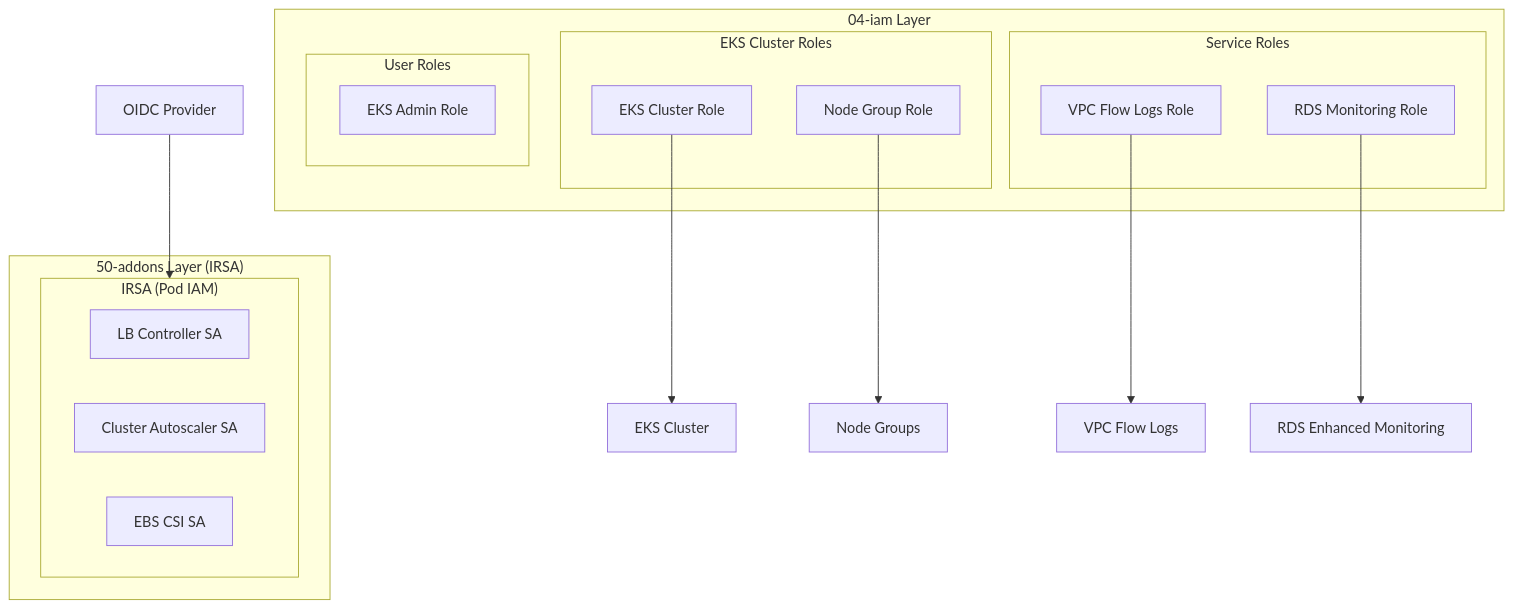
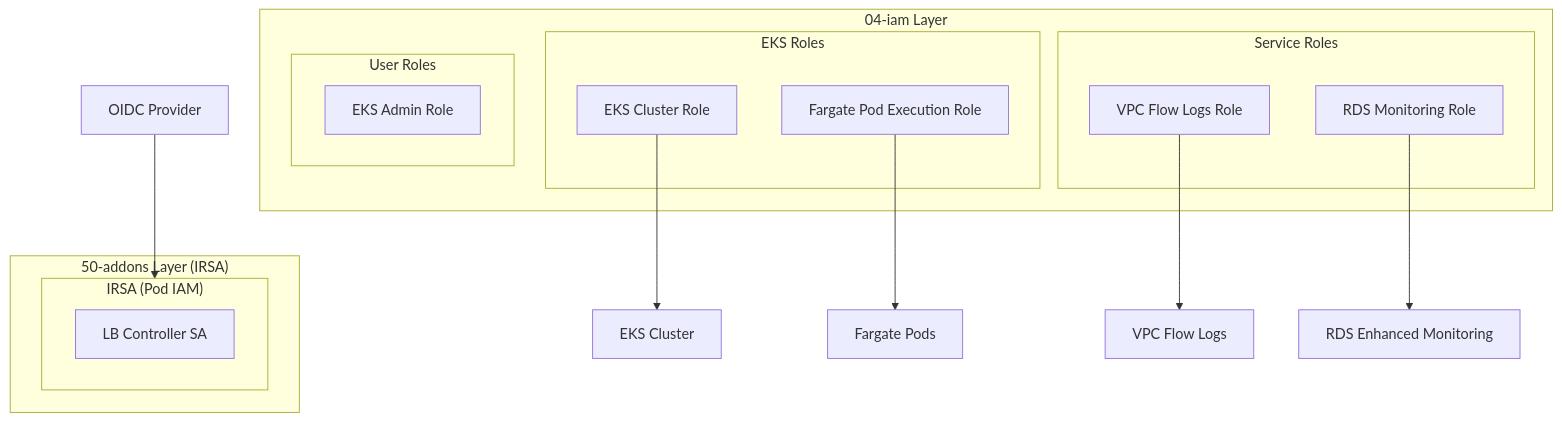
The seventh of 9 diagrams in docs/architecture.md (JSJ2337/AWS_EKS_terraform_code), drawn with Mermaid before and after one commit. The commit also changed other lines of this file and 2 other files, not shown here.

First line of the commit message:
docs: 문서 업데이트 - EC2 Node Group → Fargate 변경 반영

````diff
--- a/docs/architecture.md
+++ b/docs/architecture.md
@@ -291,32 +294,30 @@
 ```mermaid
 flowchart TB
     subgraph IAM_Layer["04-iam Layer"]
-        subgraph ClusterRoles["EKS Cluster Roles"]
+        subgraph ClusterRoles["EKS Roles"]
             CR[EKS Cluster Role]
-            NR[Node Group Role]
+            FG[Fargate Pod Execution Role]
         end
 
         subgraph ServiceRoles["Service Roles"]
             FL[VPC Flow Logs Role]
             RDS_MON[RDS Monitoring Role]
         end
 
         subgraph UserRoles["User Roles"]
             Admin[EKS Admin Role]
         end
     end
 
     subgraph Addons_Layer["50-addons Layer (IRSA)"]
         subgraph IRSA["IRSA (Pod IAM)"]
             LBC_SA[LB Controller SA]
-            CA_SA[Cluster Autoscaler SA]
-            EBS_SA[EBS CSI SA]
         end
     end
 
     OIDC[OIDC Provider] --> IRSA
     CR --> EKS[EKS Cluster]
-    NR --> NG[Node Groups]
+    FG --> Fargate[Fargate Pods]
     FL --> VPC[VPC Flow Logs]
     RDS_MON --> RDS[RDS Enhanced Monitoring]
 ```
````
